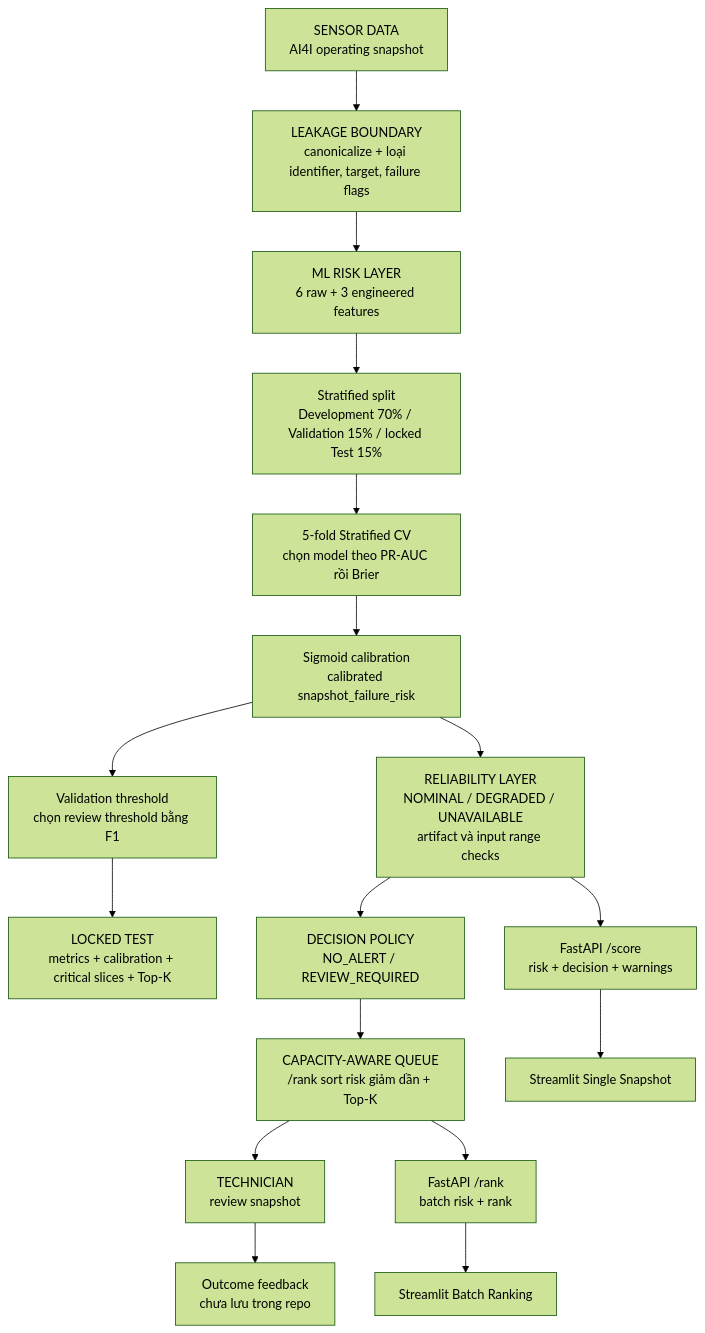
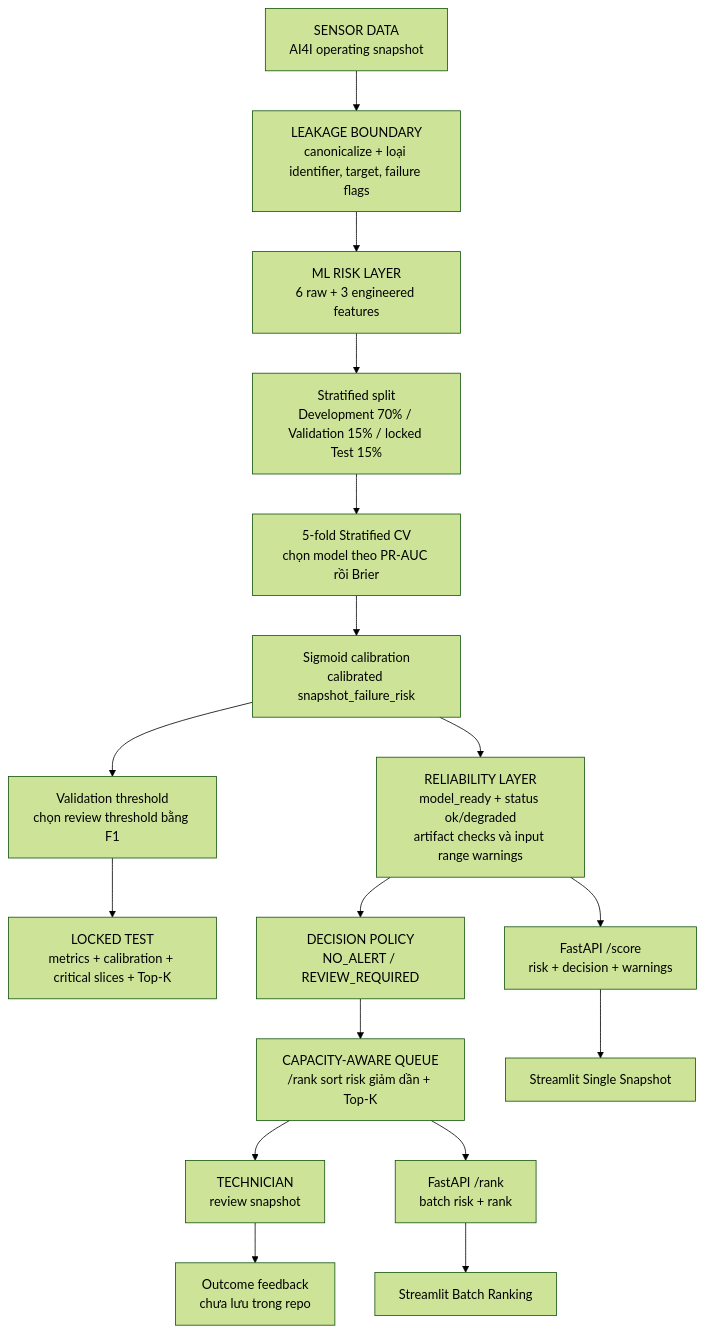
Before and after one commit to haminhthong/AI4I-Maintenance-Risk-Triage: the diagram in README.md, drawn with Mermaid (forest theme). The commit also changed other lines of this file, not shown here.

````diff
--- a/README.md
+++ b/README.md
@@ -82,19 +82,19 @@
 ```mermaid
 flowchart TD
     A[SENSOR DATA<br/>AI4I operating snapshot] --> B[LEAKAGE BOUNDARY<br/>canonicalize + loại identifier, target, failure flags]
     B --> C[ML RISK LAYER<br/>6 raw + 3 engineered features]
     C --> D[Stratified split<br/>Development 70% / Validation 15% / locked Test 15%]
     D --> E[5-fold Stratified CV<br/>chọn model theo PR-AUC rồi Brier]
     E --> F[Sigmoid calibration<br/>calibrated snapshot_failure_risk]
     F --> G[Validation threshold<br/>chọn review threshold bằng F1]
     G --> H[LOCKED TEST<br/>metrics + calibration + critical slices + Top-K]
-    F --> I[RELIABILITY LAYER<br/>NOMINAL / DEGRADED / UNAVAILABLE<br/>artifact và input range checks]
+    F --> I[RELIABILITY LAYER<br/>model_ready + status ok/degraded<br/>artifact checks và input range warnings]
     I --> J[DECISION POLICY<br/>NO_ALERT / REVIEW_REQUIRED]
     J --> K[CAPACITY-AWARE QUEUE<br/>/rank sort risk giảm dần + Top-K]
     K --> L[TECHNICIAN<br/>review snapshot]
     L --> M[Outcome feedback<br/>chưa lưu trong repo]
     I --> N[FastAPI /score<br/>risk + decision + warnings]
     K --> O[FastAPI /rank<br/>batch risk + rank]
     N --> P[Streamlit Single Snapshot]
     O --> Q[Streamlit Batch Ranking]
 ```
````
